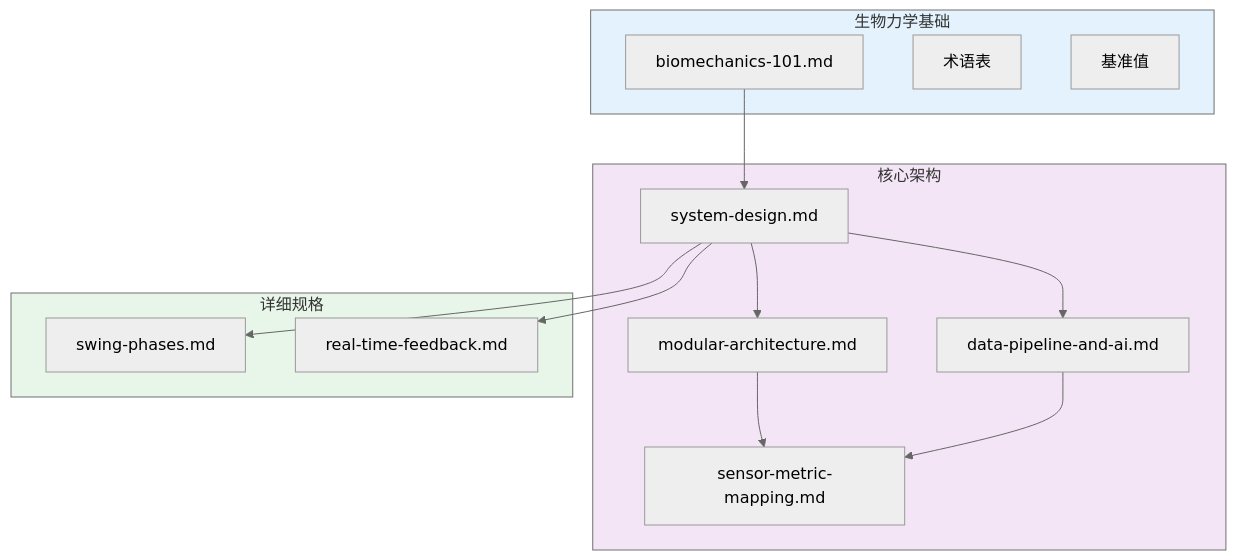
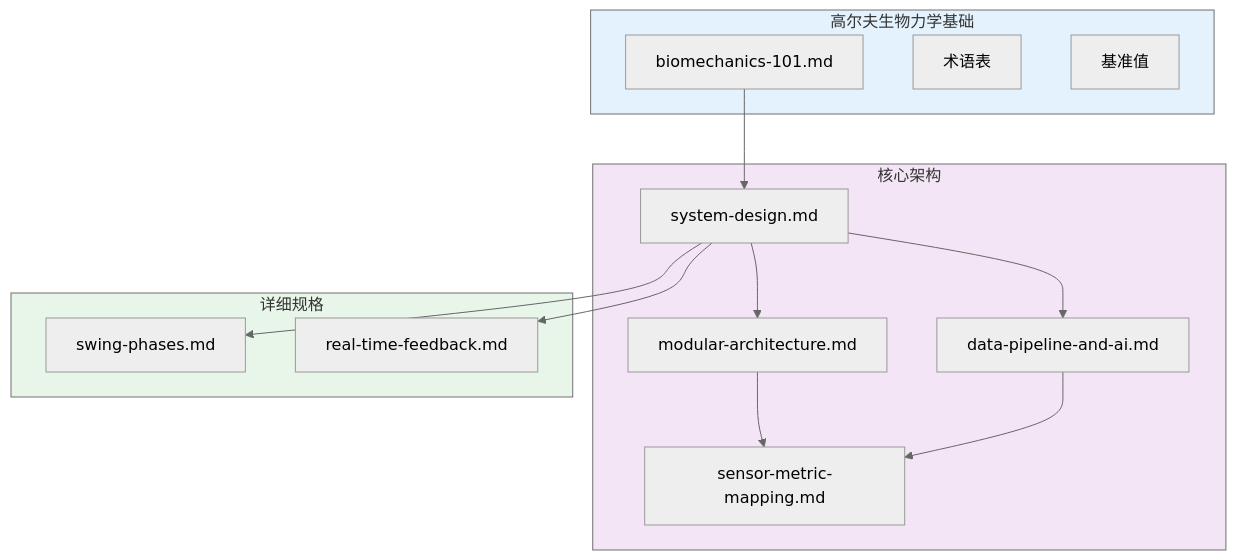
Before and after one commit to movement-chain-ai/movement-chain-docs: the diagram in docs/zh/design/index.md, drawn with Mermaid (neutral theme). The commit also changed other lines of this file and 4 other files, not shown here.

First line of the commit message:
docs: 统一更新 生物力学基础 → 高尔夫生物力学基础

````diff
--- a/docs/zh/design/index.md
+++ b/docs/zh/design/index.md
@@ -87,32 +87,32 @@
 ```mermaid
 graph TD
-    subgraph foundations["生物力学基础"]
+    subgraph foundations["高尔夫生物力学基础"]
         F1[biomechanics-101.md]
         F2[术语表]
         F3[基准值]
     end
 
     subgraph architecture["核心架构"]
         A1[system-design.md]
         A2[modular-architecture.md]
         A3[data-pipeline-and-ai.md]
         A4[sensor-metric-mapping.md]
     end
 
     subgraph specs["详细规格"]
         S1[swing-phases.md]
         S2[real-time-feedback.md]
     end
 
     F1 --> A1
     A1 --> A2
     A1 --> A3
     A2 --> A4
     A3 --> A4
     A1 --> S1
     A1 --> S2
 
     style foundations fill:#e3f2fd
     style architecture fill:#f3e5f5
     style specs fill:#e8f5e9
 ```
````
